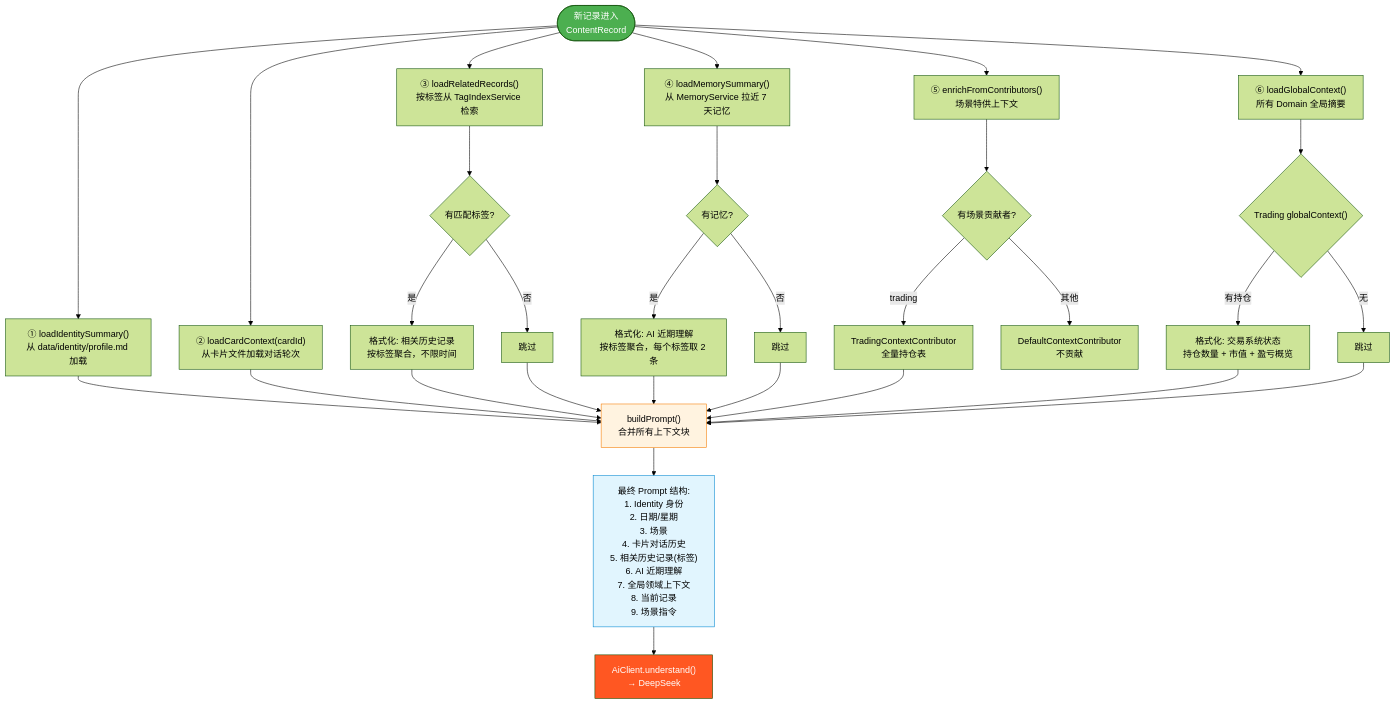
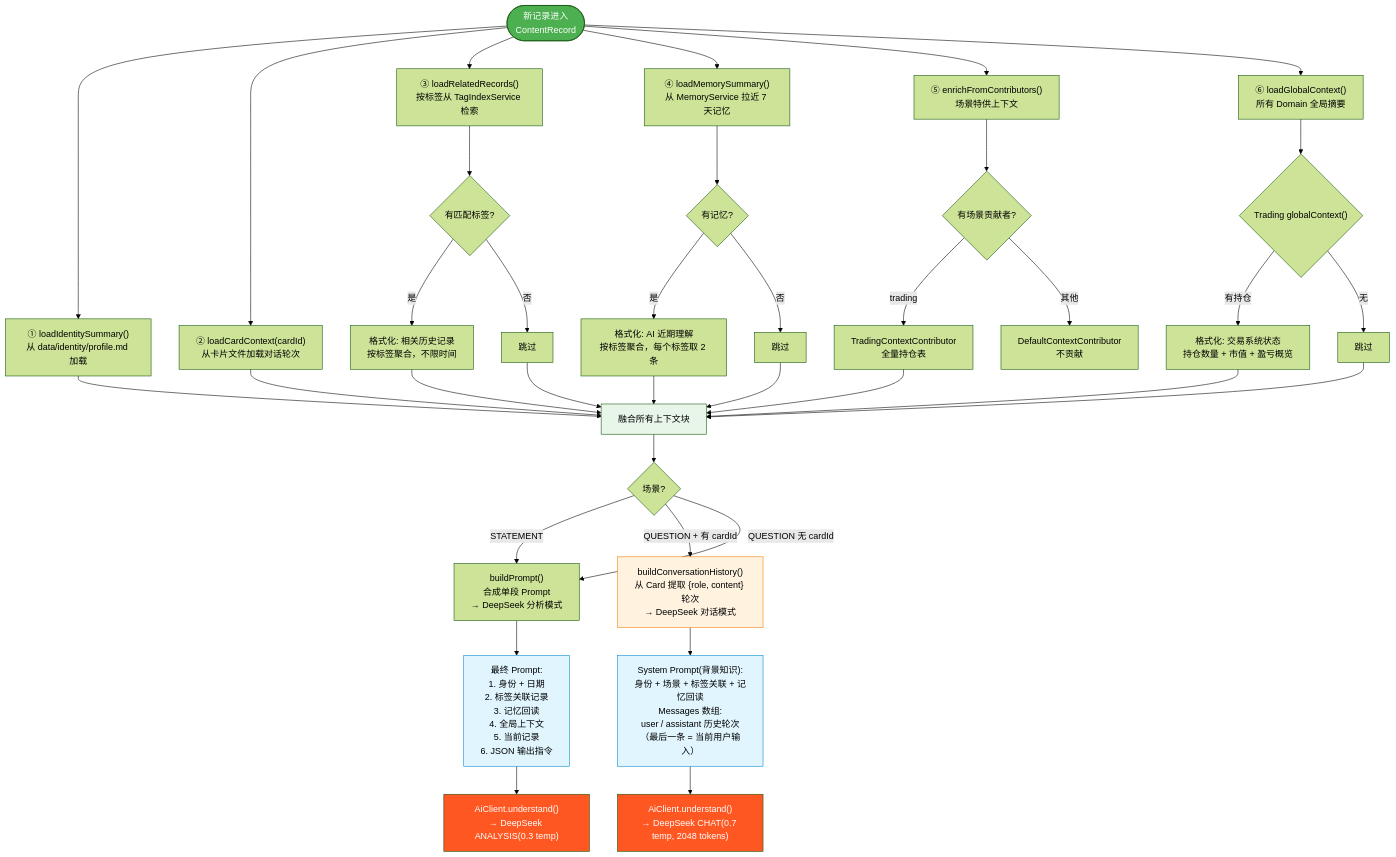
One commit to adaios/adaios changed the third of 4 diagrams in docs/architecture/system-architecture.md. Above: the diagram before and after it, drawn with Mermaid (forest theme). The commit also changed other lines of this file and 9 other files, not shown here.

First line of the commit message:
feat: AI 双模式调用 — ANALYSIS(打标签) / CHAT(多轮对话)

````diff
--- a/docs/architecture/system-architecture.md
+++ b/docs/architecture/system-architecture.md
@@ -130,43 +151,54 @@
 ```mermaid
 flowchart TD
     Start(["新记录进入<br/>ContentRecord"]) --> LoadIdentity["① loadIdentitySummary()<br/>从 data/identity/profile.md 加载"]
     Start --> LoadCard["② loadCardContext(cardId)<br/>从卡片文件加载对话轮次"]
     Start --> LoadRelated["③ loadRelatedRecords()<br/>按标签从 TagIndexService 检索"]
     Start --> LoadMemory["④ loadMemorySummary()<br/>从 MemoryService 拉近 7 天记忆"]
     Start --> LoadDomain["⑤ enrichFromContributors()<br/>场景特供上下文"]
     Start --> LoadGlobal["⑥ loadGlobalContext()<br/>所有 Domain 全局摘要"]
 
     LoadRelated --> RelatedDetail{"有匹配标签?"}
     RelatedDetail -->|是| FormatRelated["格式化: 相关历史记录<br/>按标签聚合，不限时间"]
     RelatedDetail -->|否| SkipRelated["跳过"]
 
     LoadMemory --> MemDetail{"有记忆?"}
     MemDetail -->|是| FormatMem["格式化: AI 近期理解<br/>按标签聚合，每个标签取 2 条"]
     MemDetail -->|否| SkipMem["跳过"]
 
     LoadDomain --> DomainDetail{"有场景贡献者?"}
     DomainDetail -->|trading| TradingCtx["TradingContextContributor<br/>全量持仓表"]
     DomainDetail -->|其他| DefaultCtx["DefaultContextContributor<br/>不贡献"]
 
     LoadGlobal --> GlobalCtx{"Trading globalContext()"}
     GlobalCtx -->|有持仓| FormatGlobal["格式化: 交易系统状态<br/>持仓数量 + 市值 + 盈亏概览"]
     GlobalCtx -->|无| SkipGlobal["跳过"]
 
-    FormatRelated --> Merge["buildPrompt()<br/>合并所有上下文块"]
+    FormatRelated --> Merge["融合所有上下文块"]
     FormatMem --> Merge
     TradingCtx --> Merge
     FormatGlobal --> Merge
     LoadIdentity --> Merge
     LoadCard --> Merge
     SkipRelated --> Merge
     SkipMem --> Merge
     SkipGlobal --> Merge
 
-    Merge --> Prompt["最终 Prompt 结构:<br/>1. Identity 身份<br/>2. 日期/星期<br/>3. 场景<br/>4. 卡片对话历史<br/>5. 相关历史记录(标签)<br/>6. AI 近期理解<br/>7. 全局领域上下文<br/>8. 当前记录<br/>9. 场景指令"]
-    Prompt --> AI["AiClient.understand()<br/>→ DeepSeek"]
+    Merge --> SceneSplit{"场景?"}
+    SceneSplit -->|STATEMENT| Analysis["buildPrompt()<br/>合成单段 Prompt<br/>→ DeepSeek 分析模式"]
+    SceneSplit -->|QUESTION + 有 cardId| BuildChat["buildConversationHistory()<br/>从 Card 提取 {role, content} 轮次<br/>→ DeepSeek 对话模式"]
+    SceneSplit -->|QUESTION 无 cardId| Analysis
+
+    Analysis --> AnalysisResult["最终 Prompt:<br/>1. 身份 + 日期<br/>2. 标签关联记录<br/>3. 记忆回读<br/>4. 全局上下文<br/>5. 当前记录<br/>6. JSON 输出指令"]
+    BuildChat --> ChatResult["System Prompt(背景知识):<br/>身份 + 场景 + 标签关联 + 记忆回读<br/>Messages 数组:<br/>user / assistant 历史轮次<br/>（最后一条 = 当前用户输入）"]
+
+    AnalysisResult --> AI["AiClient.understand()<br/>→ DeepSeek ANALYSIS(0.3 temp)"]
+    ChatResult --> AI2["AiClient.understand()<br/>→ DeepSeek CHAT(0.7 temp, 2048 tokens)"]
 
     style Start fill:#4caf50,color:#fff
     style AI fill:#ff5722,color:#fff
-    style Prompt fill:#e1f5fe,stroke:#0288d1
-    style Merge fill:#fff3e0,stroke:#f57c00
+    style AI2 fill:#ff5722,color:#fff
+    style AnalysisResult fill:#e1f5fe,stroke:#0288d1
+    style ChatResult fill:#e1f5fe,stroke:#0288d1
+    style BuildChat fill:#fff3e0,stroke:#f57c00
+    style Merge fill:#e8f5e9
 ```
````
